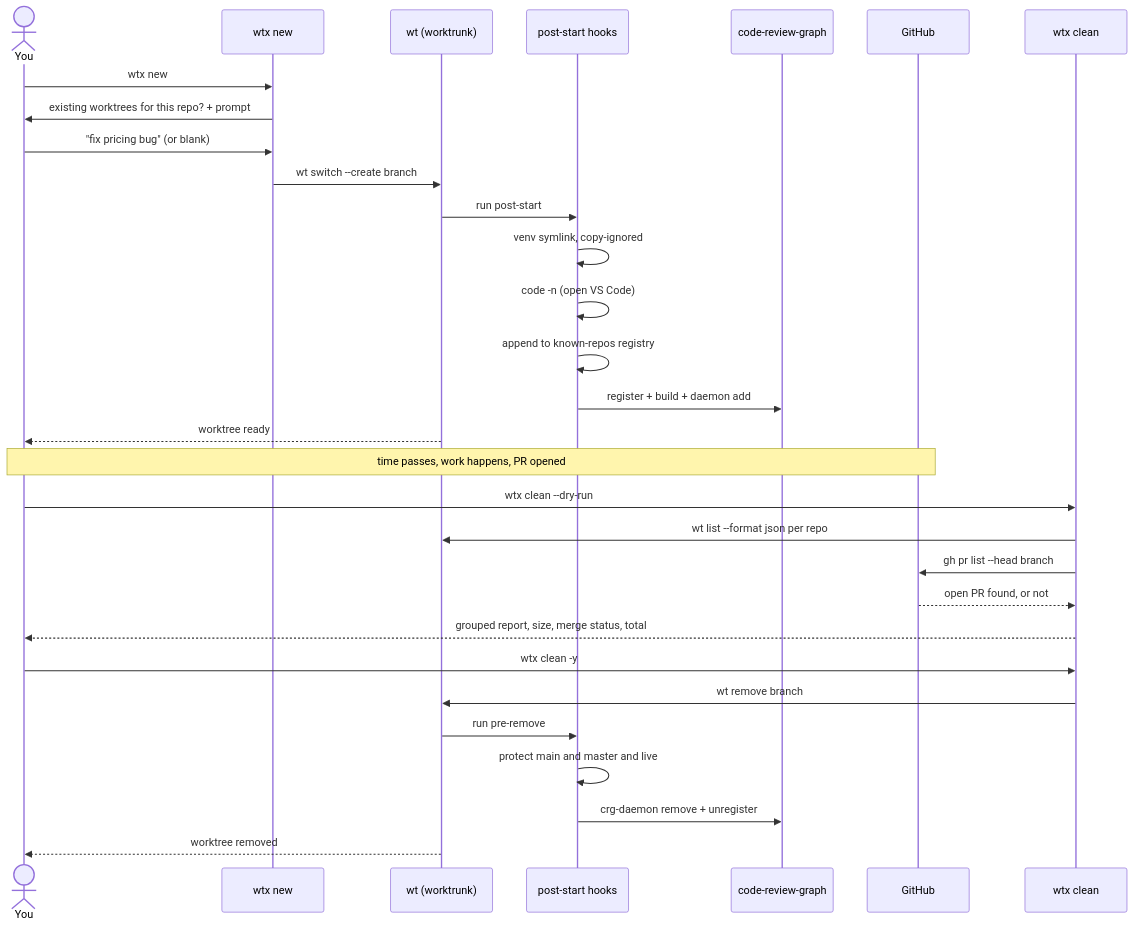
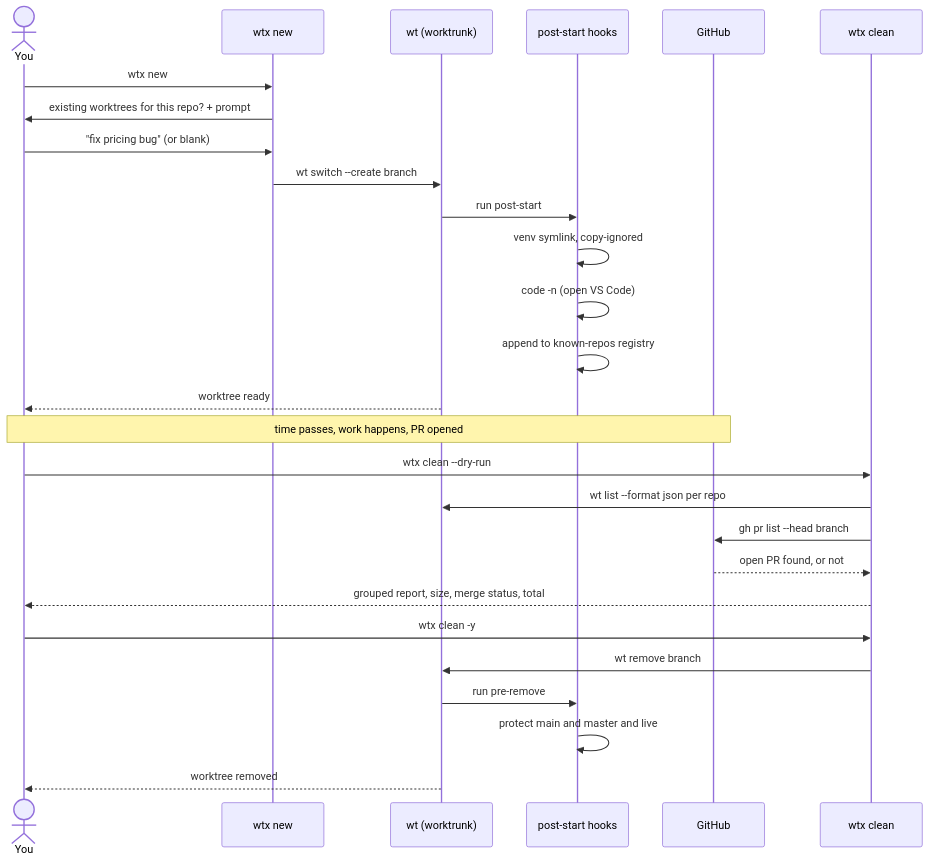
Before and after one commit to luiul/dotfiles: the second of 3 diagrams in docs/dev-setup-overview.md, drawn with Mermaid. The commit also changed other lines of this file and 3 other files, not shown here.

First line of the commit message:
chore: remove code-review-graph integration

````diff
--- a/docs/dev-setup-overview.md
+++ b/docs/dev-setup-overview.md
@@ -155,35 +112,32 @@
 ```mermaid
 sequenceDiagram
   actor You
   participant WtxNew as wtx new
   participant wt as wt (worktrunk)
   participant Hooks as post-start hooks
-  participant CRG as code-review-graph
   participant GH as GitHub
   participant WtxClean as wtx clean
 
   You->>WtxNew: wtx new
   WtxNew->>You: existing worktrees for this repo? + prompt
   You->>WtxNew: "fix pricing bug" (or blank)
   WtxNew->>wt: wt switch --create branch
   wt->>Hooks: run post-start
   Hooks->>Hooks: venv symlink, copy-ignored
   Hooks->>Hooks: code -n (open VS Code)
   Hooks->>Hooks: append to known-repos registry
-  Hooks->>CRG: register + build + daemon add
   wt-->>You: worktree ready
 
   Note over You,GH: time passes, work happens, PR opened
 
   You->>WtxClean: wtx clean --dry-run
   WtxClean->>wt: wt list --format json per repo
   WtxClean->>GH: gh pr list --head branch
   GH-->>WtxClean: open PR found, or not
   WtxClean-->>You: grouped report, size, merge status, total
   You->>WtxClean: wtx clean -y
   WtxClean->>wt: wt remove branch
   wt->>Hooks: run pre-remove
   Hooks->>Hooks: protect main and master and live
-  Hooks->>CRG: crg-daemon remove + unregister
   wt-->>You: worktree removed
 ```
````
